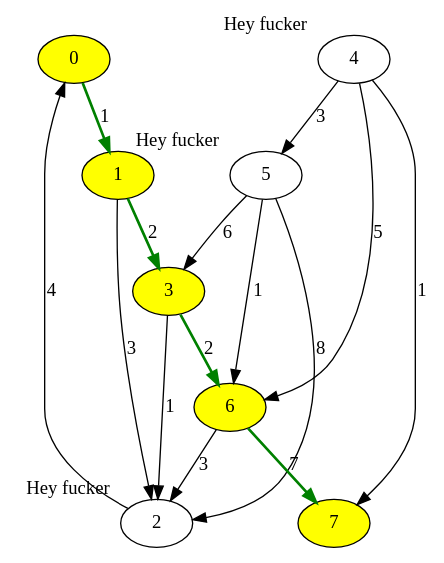
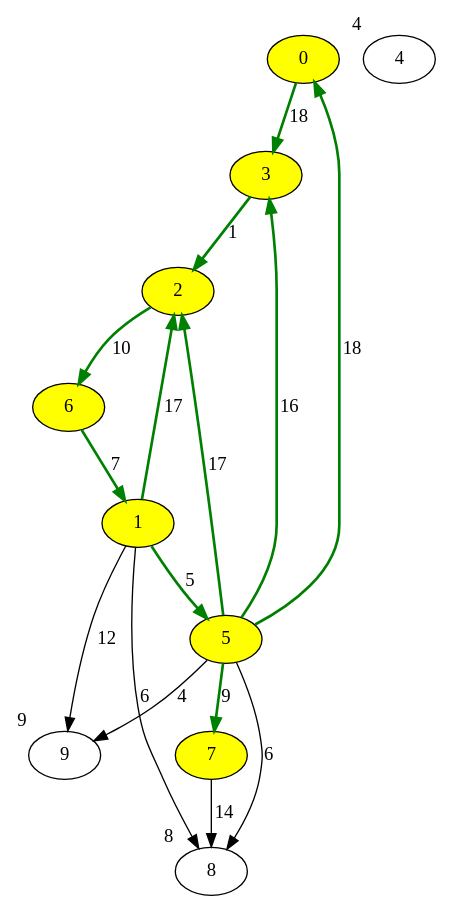
One commit to quanganhquanganh/Discrete-Maths-Graph-Library changed the diagram in files/bellmanford.dot. Above: the diagram before and after it, drawn with Graphviz. The commit also changed 23 other files, not shown here.

```diff
--- a/files/bellmanford.dot
+++ b/files/bellmanford.dot
@@ -1,24 +1,27 @@
 digraph {
 	0 [fillcolor = yellow, style=filled];
 	1 [fillcolor = yellow, style=filled];
-	2 [xlabel = "Hey fucker"];
+	2 [fillcolor = yellow, style=filled];
 	3 [fillcolor = yellow, style=filled];
-	4 [xlabel = "Hey fucker"];
-	5 [xlabel = "Hey fucker"];
+	4 [xlabel = "4"];
+	5 [fillcolor = yellow, style=filled];
 	6 [fillcolor = yellow, style=filled];
 	7 [fillcolor = yellow, style=filled];
-	0 -> 1[label=1, color=green, penwidth=2.0];
-	1 -> 2[label=3];
-	1 -> 3[label=2, color=green, penwidth=2.0];
-	2 -> 0[label=4];
-	3 -> 2[label=1];
-	3 -> 6[label=2, color=green, penwidth=2.0];
-	4 -> 5[label=3];
-	4 -> 6[label=5];
-	4 -> 7[label=1];
-	5 -> 2[label=8];
-	5 -> 3[label=6];
-	5 -> 6[label=1];
-	6 -> 2[label=3];
-	6 -> 7[label=7, color=green, penwidth=2.0];
+	8 [xlabel = "8"];
+	9 [xlabel = "9"];
+	0 -> 3[label=18, color=green, penwidth=2.0];
+	1 -> 2[label=17, color=green, penwidth=2.0];
+	1 -> 5[label=5, color=green, penwidth=2.0];
+	1 -> 8[label=6];
+	1 -> 9[label=12];
+	2 -> 6[label=10, color=green, penwidth=2.0];
+	3 -> 2[label=1, color=green, penwidth=2.0];
+	5 -> 0[label=18, color=green, penwidth=2.0];
+	5 -> 2[label=17, color=green, penwidth=2.0];
+	5 -> 3[label=16, color=green, penwidth=2.0];
+	5 -> 7[label=9, color=green, penwidth=2.0];
+	5 -> 8[label=6];
+	5 -> 9[label=4];
+	6 -> 1[label=7, color=green, penwidth=2.0];
+	7 -> 8[label=14];
 }
```
